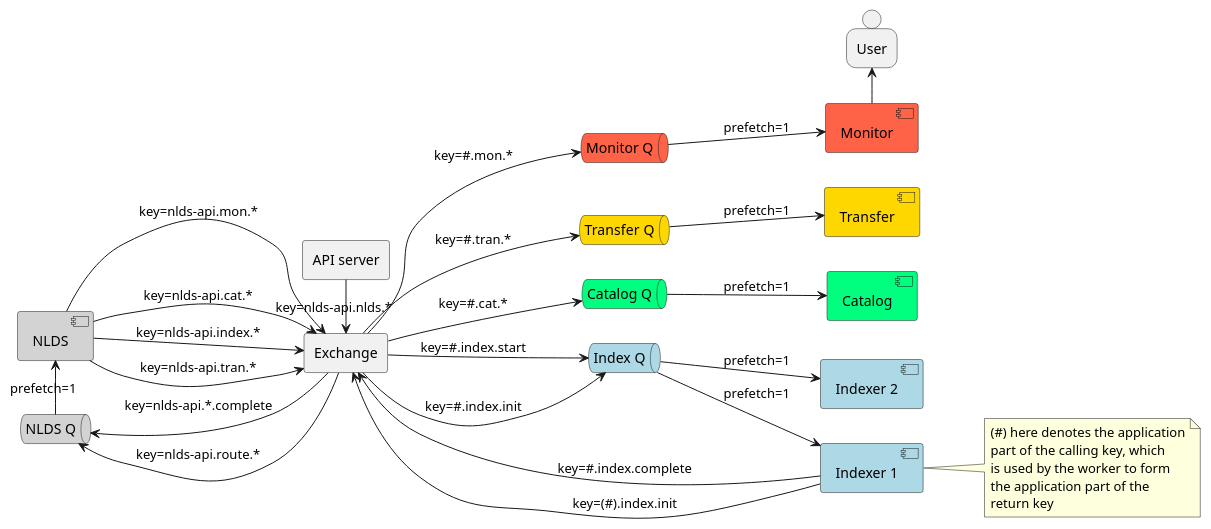
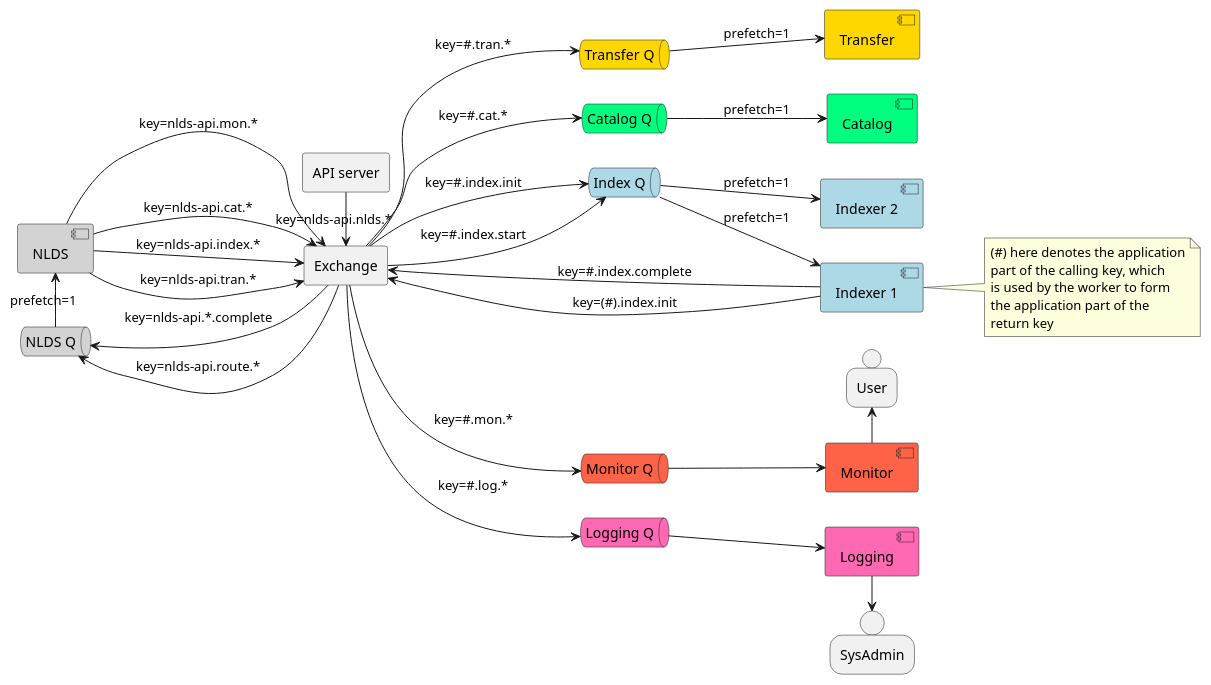
Before and after one commit to cedadev/nlds: the diagram in doc/uml/queue_structure.puml, drawn with PlantUML. The commit also changed 1 other file, not shown here.

Commit message:
Added logging to queue structure

```diff
--- a/doc/uml/queue_structure.puml
+++ b/doc/uml/queue_structure.puml
@@ -1,74 +1,87 @@
 @startuml queue_structure
 
 left to right direction
 agent api_server as "API server" 
 
 together {
     queue wq as "NLDS Q" #lightgrey
     component work as "NLDS" #lightgrey
     /'database iddb as "TransactionDB" #lightgrey'/
 }
 
 together {
     agent pex as "Exchange"
     ' note top of pex: type=topic
 }
 
 pex --> wq : key=nlds-api.*.complete
 pex --> wq : key=nlds-api.route.*
 wq -> work : prefetch=1
 /'work -> iddb : SQL'/
 
 together {
     queue sq as "Index Q" #lightblue
     queue tq as "Transfer Q" #gold
     queue cq as "Catalog Q" #springgreen
 }
 
 pex --> sq : key=#.index.init
 pex --> sq : key=#.index.start
 pex --> tq : key=#.tran.*
 pex --> cq : key=#.cat.*
 
 work --> pex : key=nlds-api.index.*
 work --> pex : key=nlds-api.tran.*
 work --> pex : key=nlds-api.mon.*
 work --> pex : key=nlds-api.cat.*
 
-queue mq as "Monitor Q" #tomato
+together {
+    queue mq as "Monitor Q" #tomato
+    queue lq as "Logging Q" #hotpink
+}
+
 pex --> mq : key=#.mon.*
+pex --> lq : key=#.log.*
 
 together {
     component scan1 as "Indexer 1" #lightblue
     component scan2 as "Indexer 2" #lightblue
 }
 
 component tran1 as "Transfer" #gold
 component cat1 as "Catalog" #springgreen
 together {
     component mon1 as "Monitor" #tomato
     person user as "User"
 }
 
+together {
+    component log1 as "Logging" #hotpink
+    person sysadmin as "SysAdmin"
+}
+
 api_server -> pex : key=nlds-api.nlds.*
 
 sq --> scan1 : prefetch=1
 sq --> scan2 : prefetch=1
 tq --> tran1 : prefetch=1
 cq --> cat1 : prefetch=1
 
-mq --> mon1 : prefetch=1
+mq --> mon1
+lq --> log1
+
 mon1 -> user
+sysadmin <- log1
 
 scan1 --> pex : key=#.index.complete
 scan1 --> pex : key=(#).index.init
 
 note right of scan1
     (#) here denotes the application
     part of the calling key, which 
     is used by the worker to form 
     the application part of the
     return key
 end note
 
 @enduml
```
